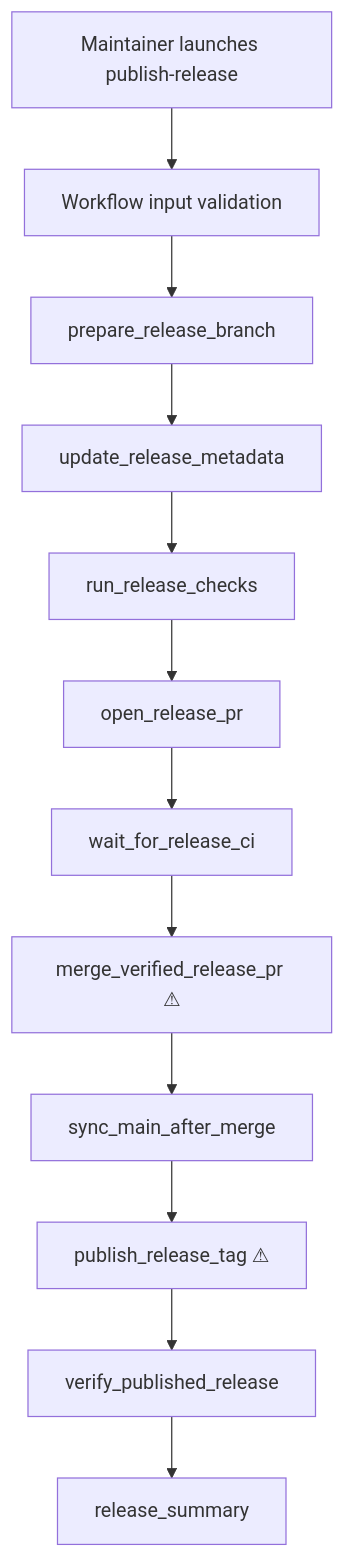
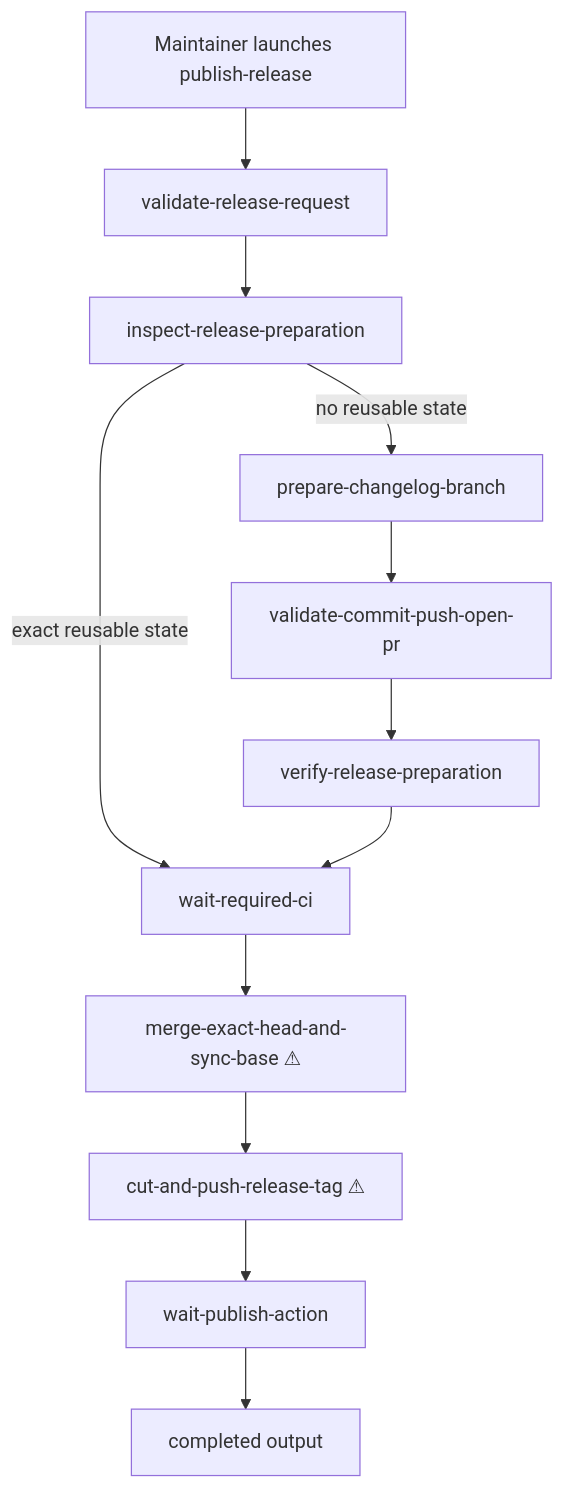
Before and after one commit to bastani-inc/atomic: the diagram in specs/2026-06-10-publish-release-workflow.md, drawn with Mermaid. The commit also changed other lines of this file and 2 other files, not shown here.

````diff
--- a/specs/2026-06-10-publish-release-workflow.md
+++ b/specs/2026-06-10-publish-release-workflow.md
@@ -64,14 +64,14 @@
 ```mermaid
 flowchart TB
-  User[Maintainer launches publish-release] --> Input[Workflow input validation]
-  Input --> Branch[prepare_release_branch]
-  Branch --> Metadata[update_release_metadata]
-  Metadata --> LocalChecks[run_release_checks]
-  LocalChecks --> PR[open_release_pr]
-  PR --> CI[wait_for_release_ci]
-  CI --> Merge[merge_verified_release_pr ⚠]
-  Merge --> Sync[sync_main_after_merge]
-  Sync --> Tag[publish_release_tag ⚠]
-  Tag --> Monitor[verify_published_release]
-  Monitor --> Summary[release_summary]
+  User[Maintainer launches publish-release] --> Input[validate-release-request]
+  Input --> Inspect[inspect-release-preparation]
+  Inspect -->|no reusable state| Prepare[prepare-changelog-branch]
+  Prepare --> PR[validate-commit-push-open-pr]
+  PR --> Verify[verify-release-preparation]
+  Inspect -->|exact reusable state| CI[wait-required-ci]
+  Verify --> CI
+  CI --> Merge[merge-exact-head-and-sync-base ⚠]
+  Merge --> Tag[cut-and-push-release-tag ⚠]
+  Tag --> Publish[wait-publish-action]
+  Publish --> Summary[completed output]
 ```
````
